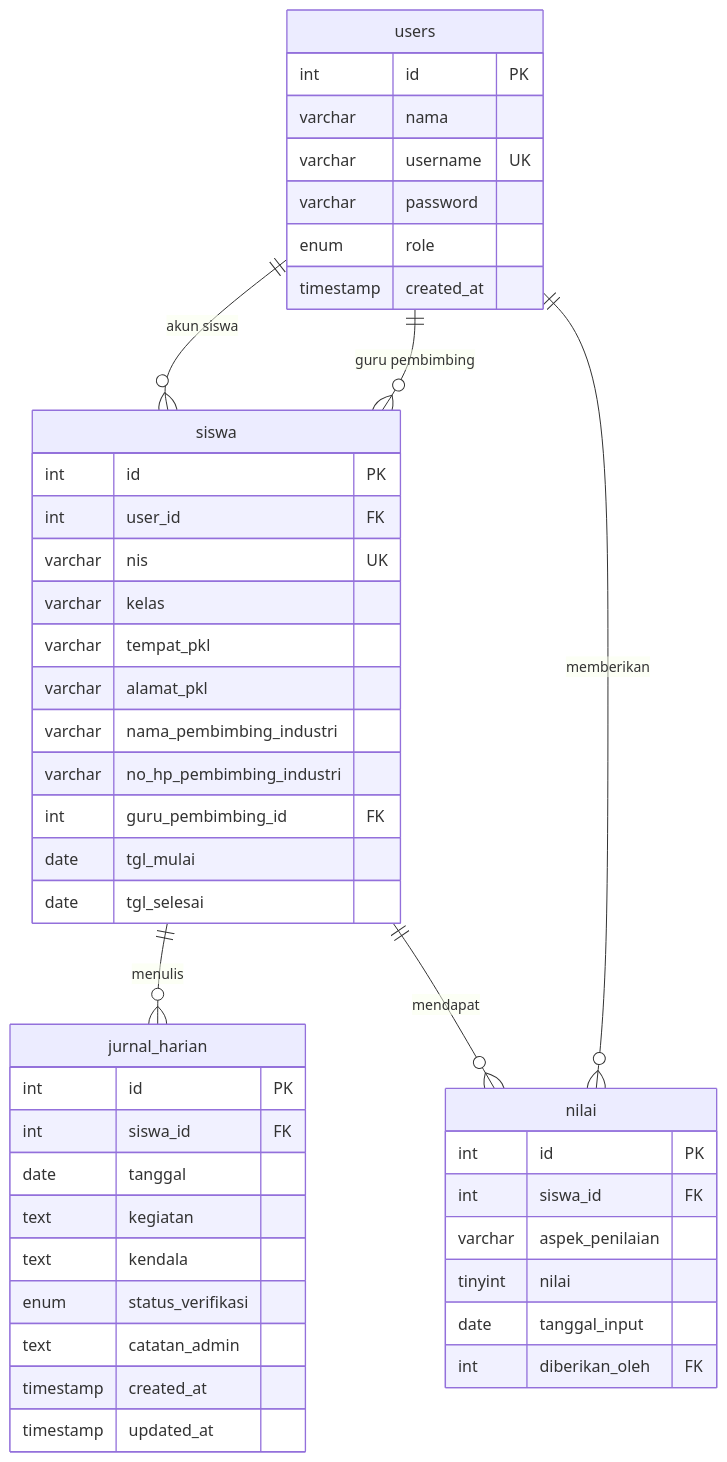
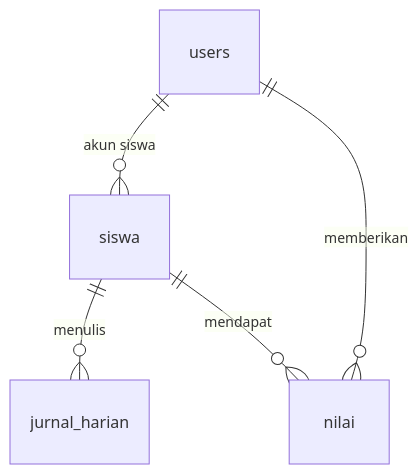
One commit to sandygifta-ui/Sistem-Monitoring-PKL changed the diagram in README.md. Above: the diagram before and after it, drawn with Mermaid. The commit also changed other lines of this file, not shown here.

````diff
--- a/README.md
+++ b/README.md
@@ -172,52 +305,7 @@
 ```mermaid
 erDiagram
-    users {
-        int id PK
-        varchar nama
-        varchar username UK
-        varchar password
-        enum role
-        timestamp created_at
-    }
-
-    siswa {
-        int id PK
-        int user_id FK
-        varchar nis UK
-        varchar kelas
-        varchar tempat_pkl
-        varchar alamat_pkl
-        varchar nama_pembimbing_industri
-        varchar no_hp_pembimbing_industri
-        int guru_pembimbing_id FK
-        date tgl_mulai
-        date tgl_selesai
-    }
-
-    jurnal_harian {
-        int id PK
-        int siswa_id FK
-        date tanggal
-        text kegiatan
-        text kendala
-        enum status_verifikasi
-        text catatan_admin
-        timestamp created_at
-        timestamp updated_at
-    }
-
-    nilai {
-        int id PK
-        int siswa_id FK
-        varchar aspek_penilaian
-        tinyint nilai
-        date tanggal_input
-        int diberikan_oleh FK
-    }
-
     users ||--o{ siswa : "akun siswa"
-    users ||--o{ siswa : "guru pembimbing"
     users ||--o{ nilai : "memberikan"
     siswa ||--o{ jurnal_harian : "menulis"
     siswa ||--o{ nilai : "mendapat"
 ```
````
